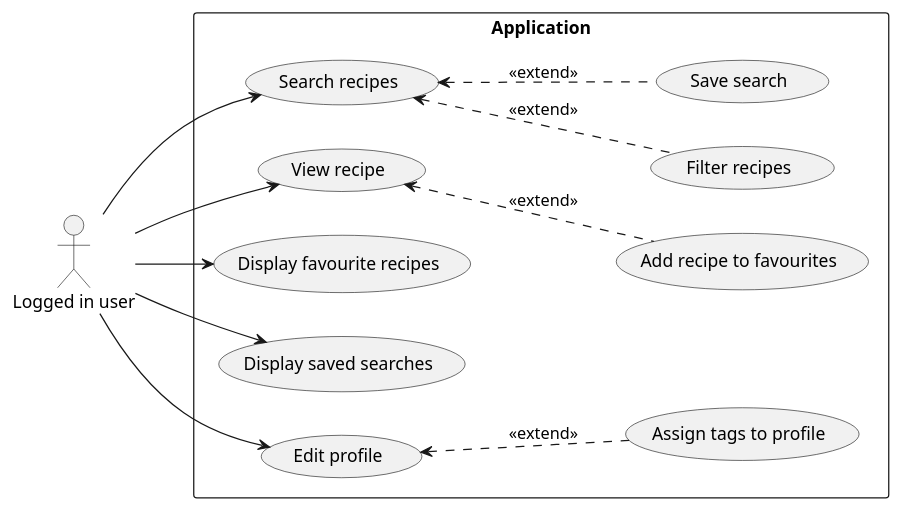
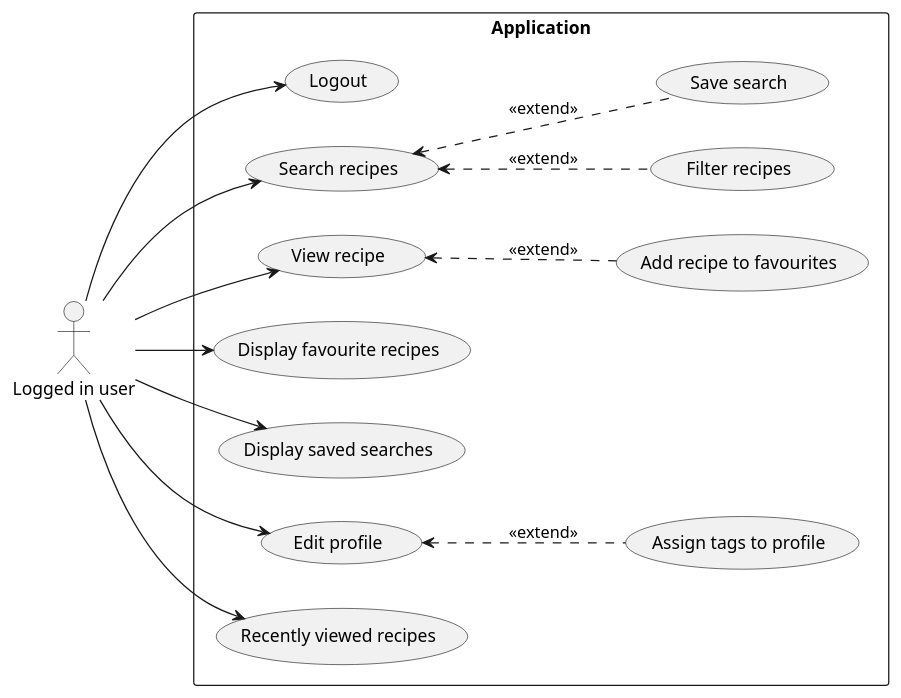
One commit to kambed/FoodzillaArchitecture changed the second of 2 diagrams in SystemRequirements.md. Above: the diagram before and after it, drawn with PlantUML. The commit also changed 1 other file, not shown here.

Commit message:
#3 Add recently viewed functionality

````diff
--- a/SystemRequirements.md
+++ b/SystemRequirements.md
@@ -74,34 +74,39 @@
 ```plantuml
 @startuml
 left to right direction
 
 actor "Logged in user" AS loggedUser
 
 rectangle Application {
+    usecase "Logout" as logout
+    
     usecase "Search recipes" as search
     usecase "Filter recipes" as filter
     usecase "View recipe" as view
     
     usecase "Display favourite recipes" as favourite
     usecase "Add recipe to favourites" as addFavourite
     
     usecase "Display saved searches" as savedSearches
     usecase "Save search" as saveSearch
     
     usecase "Edit profile" as editProfile
     usecase "Assign tags to profile" as assignTags
     
+    usecase "Recently viewed recipes" as recentlyViewed
+    
     search <.. filter: <<extend>>
     view <.. addFavourite: <<extend>>
     search <.. saveSearch: <<extend>>
     
     editProfile <.. assignTags: <<extend>>
 }
-
+loggedUser --> logout
 loggedUser --> search
 loggedUser --> view
 loggedUser --> favourite
 loggedUser --> savedSearches
 loggedUser --> editProfile
+loggedUser --> recentlyViewed
 @enduml
 ```
````
